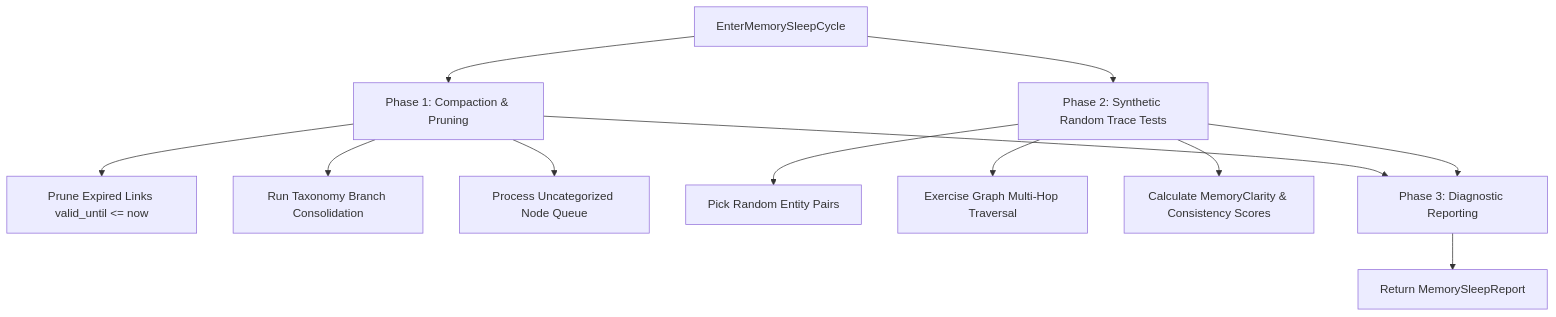
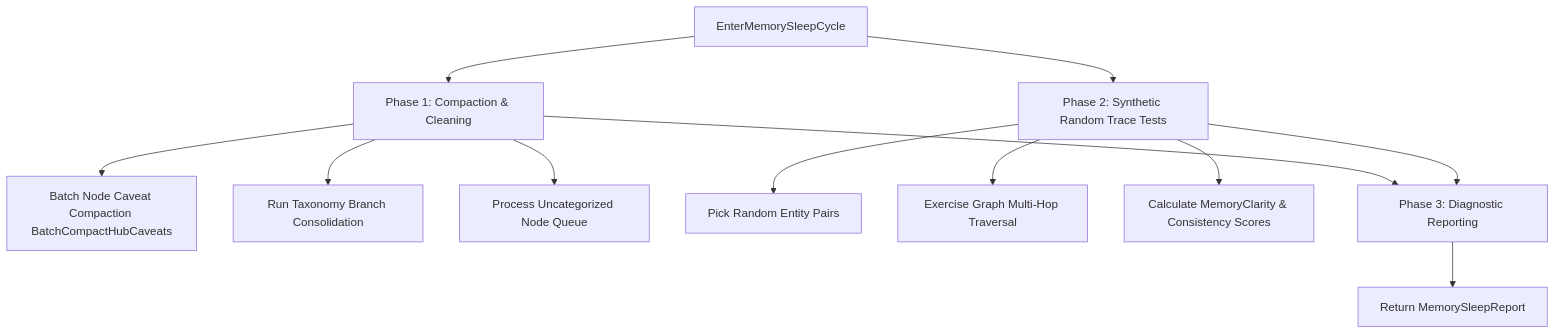
Before and after one commit to laurentalsina/gllam: the diagram in design/memory_maintenance_cycle_plan.md, drawn with Mermaid. The commit also changed other lines of this file and 3 other files, not shown here.

Commit message:
fix(memory): remove deletion of expired valid_until links in sleep maintenance cycle to preserve historical temporal facts

````diff
--- a/design/memory_maintenance_cycle_plan.md
+++ b/design/memory_maintenance_cycle_plan.md
@@ -11,15 +11,15 @@
 ```mermaid
 flowchart TD
-    SleepTrigger[EnterMemorySleepCycle] --> Phase1[Phase 1: Compaction & Pruning]
-    Phase1 --> PruneLinks[Prune Expired Links valid_until <= now]
+    SleepTrigger[EnterMemorySleepCycle] --> Phase1[Phase 1: Compaction & Cleaning]
+    Phase1 --> CaveatCompaction[Batch Node Caveat Compaction BatchCompactHubCaveats]
     Phase1 --> TaxonomyConsolidation[Run Taxonomy Branch Consolidation]
     Phase1 --> ProcessOrphans[Process Uncategorized Node Queue]
 
     SleepTrigger --> Phase2[Phase 2: Synthetic Random Trace Tests]
     Phase2 --> PickNodes[Pick Random Entity Pairs]
     Phase2 --> TraceMultiHop[Exercise Graph Multi-Hop Traversal]
     Phase2 --> ScoreMetrics[Calculate MemoryClarity & Consistency Scores]
 
     Phase1 & Phase2 --> Phase3[Phase 3: Diagnostic Reporting]
     Phase3 --> SleepReport[Return MemorySleepReport]
 ```
````
